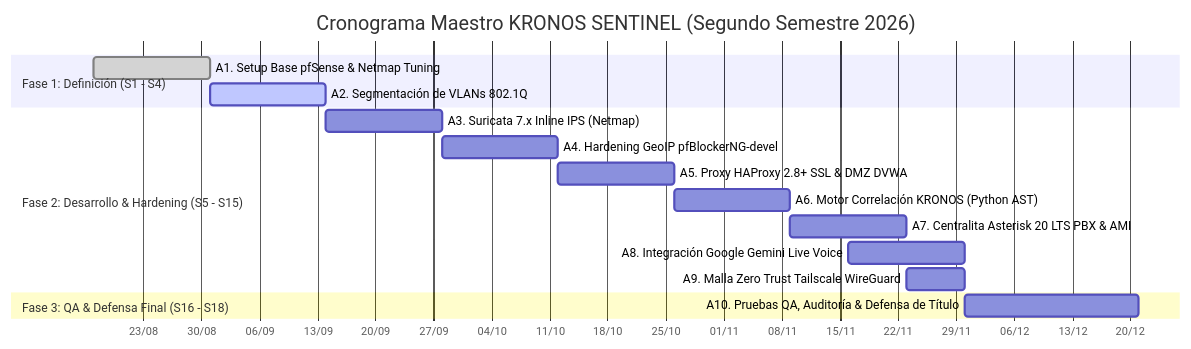
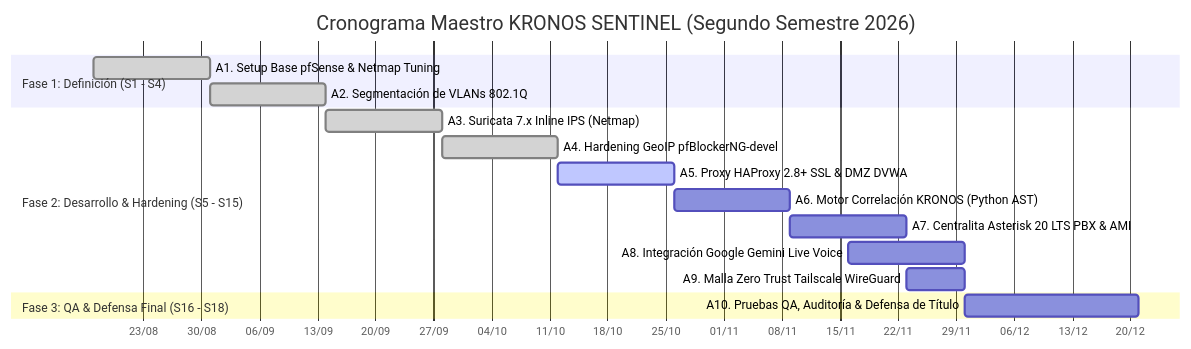
One commit to Fredinni/Proyecto-Portafolio changed the diagram in docs/Fase_2_Desarrollo_Proyecto_APT/Informacion_EA2/Plan_Trabajo_Carta_Gantt.md. Above: the diagram before and after it, drawn with Mermaid. The commit also changed other lines of this file and 3 other files, not shown here.

````diff
--- a/docs/Fase_2_Desarrollo_Proyecto_APT/Informacion_EA2/Plan_Trabajo_Carta_Gantt.md
+++ b/docs/Fase_2_Desarrollo_Proyecto_APT/Informacion_EA2/Plan_Trabajo_Carta_Gantt.md
@@ -38,22 +38,22 @@
 ```mermaid
 gantt
     title Cronograma Maestro KRONOS SENTINEL (Segundo Semestre 2026)
     dateFormat  YYYY-MM-DD
     axisFormat  %d/%m
     
     section Fase 1: Definición (S1 - S4)
     A1. Setup Base pfSense & Netmap Tuning       :done, a1, 2026-08-17, 14d
-    A2. Segmentación de VLANs 802.1Q             :active, a2, 2026-08-31, 14d
+    A2. Segmentación de VLANs 802.1Q             :done, a2, 2026-08-31, 14d
     
     section Fase 2: Desarrollo & Hardening (S5 - S15)
-    A3. Suricata 7.x Inline IPS (Netmap)         :a3, 2026-09-14, 14d
-    A4. Hardening GeoIP pfBlockerNG-devel        :a4, 2026-09-28, 14d
-    A5. Proxy HAProxy 2.8+ SSL & DMZ DVWA        :a5, 2026-10-12, 14d
+    A3. Suricata 7.x Inline IPS (Netmap)         :done, a3, 2026-09-14, 14d
+    A4. Hardening GeoIP pfBlockerNG-devel        :done, a4, 2026-09-28, 14d
+    A5. Proxy HAProxy 2.8+ SSL & DMZ DVWA        :active, a5, 2026-10-12, 14d
     A6. Motor Correlación KRONOS (Python AST)    :a6, 2026-10-26, 14d
     A7. Centralita Asterisk 20 LTS PBX & AMI     :a7, 2026-11-09, 14d
     A8. Integración Google Gemini Live Voice     :a8, 2026-11-16, 14d
     A9. Malla Zero Trust Tailscale WireGuard     :a9, 2026-11-23, 7d
     
     section Fase 3: QA & Defensa Final (S16 - S18)
     A10. Pruebas QA, Auditoría & Defensa de Título :a10, 2026-11-30, 21d
 ```
````
